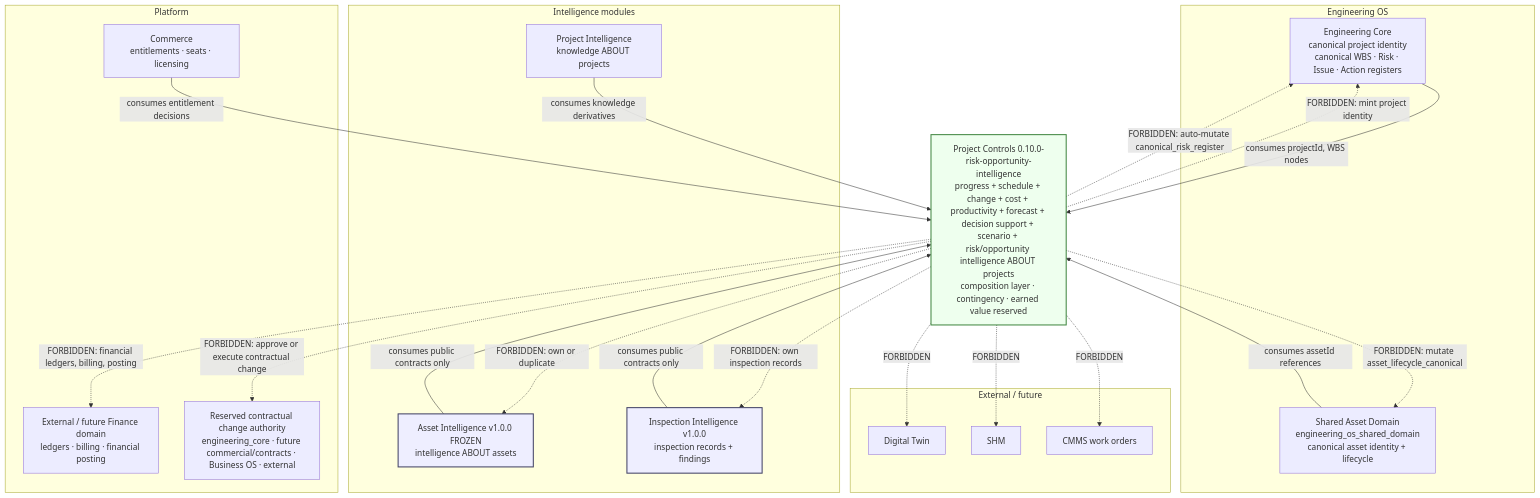
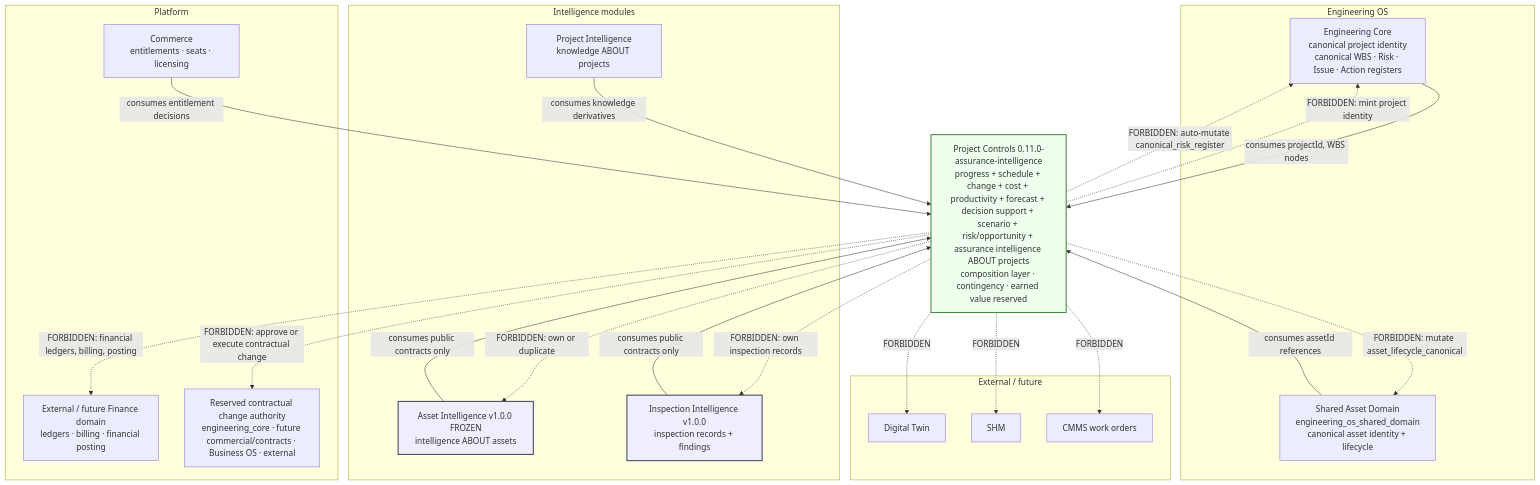
One commit to sberso2026/AI-Platform changed the diagram in docs/architecture/PROJECT_CONTROLS_BOUNDARY_MAP.md. Above: the diagram before and after it, drawn with Mermaid. The commit also changed other lines of this file and 41 other files, not shown here.

Commit message:
Implement Phase 11K assurance intelligence with governed evidence reliability assessment.

````diff
--- a/docs/architecture/PROJECT_CONTROLS_BOUNDARY_MAP.md
+++ b/docs/architecture/PROJECT_CONTROLS_BOUNDARY_MAP.md
@@ -11,50 +11,50 @@
 ```mermaid
 flowchart TB
   subgraph EOS["Engineering OS"]
     CORE["Engineering Core<br/>canonical project identity<br/>canonical WBS · Risk · Issue · Action registers"]
     SHARED["Shared Asset Domain<br/>engineering_os_shared_domain<br/>canonical asset identity + lifecycle"]
   end
 
   subgraph MODULES["Intelligence modules"]
     PI["Project Intelligence<br/>knowledge ABOUT projects"]
     AI["Asset Intelligence v1.0.0 FROZEN<br/>intelligence ABOUT assets"]
     II["Inspection Intelligence v1.0.0<br/>inspection records + findings"]
   end
 
   subgraph PLATFORM["Platform"]
     COMMERCE["Commerce<br/>entitlements · seats · licensing"]
     FINANCE["External / future Finance domain<br/>ledgers · billing · financial posting"]
     CONTRACTS["Reserved contractual change authority<br/>engineering_core · future commercial/contracts · Business OS · external"]
   end
 
   subgraph EXTERNAL["External / future"]
     TWIN["Digital Twin"]
     SHM["SHM"]
     CMMS["CMMS work orders"]
   end
 
-  PC["Project Controls 0.10.0-risk-opportunity-intelligence<br/>progress + schedule + change + cost + productivity + forecast + decision support + scenario + risk/opportunity intelligence ABOUT projects<br/>composition layer · contingency · earned value reserved"]
+  PC["Project Controls 0.11.0-assurance-intelligence<br/>progress + schedule + change + cost + productivity + forecast + decision support + scenario + risk/opportunity + assurance intelligence ABOUT projects<br/>composition layer · contingency · earned value reserved"]
 
   CORE -->|consumes projectId, WBS nodes| PC
   PI -->|consumes knowledge derivatives| PC
   AI -->|consumes public contracts only| PC
   II -->|consumes public contracts only| PC
   COMMERCE -->|consumes entitlement decisions| PC
   SHARED -->|consumes assetId references| PC
 
   PC -.->|FORBIDDEN: mint project identity| CORE
   PC -.->|FORBIDDEN: auto-mutate canonical_risk_register| CORE
   PC -.->|FORBIDDEN: mutate asset_lifecycle_canonical| SHARED
   PC -.->|FORBIDDEN: own or duplicate| AI
   PC -.->|FORBIDDEN: own inspection records| II
   PC -.->|FORBIDDEN: financial ledgers, billing, posting| FINANCE
   PC -.->|FORBIDDEN: approve or execute contractual change| CONTRACTS
   PC -.->|FORBIDDEN| TWIN
   PC -.->|FORBIDDEN| SHM
   PC -.->|FORBIDDEN| CMMS
 
   classDef frozen fill:#eef,stroke:#446,stroke-width:2px;
   classDef pc fill:#efe,stroke:#484,stroke-width:2px;
   class AI,II frozen;
   class PC pc;
 ```
````
